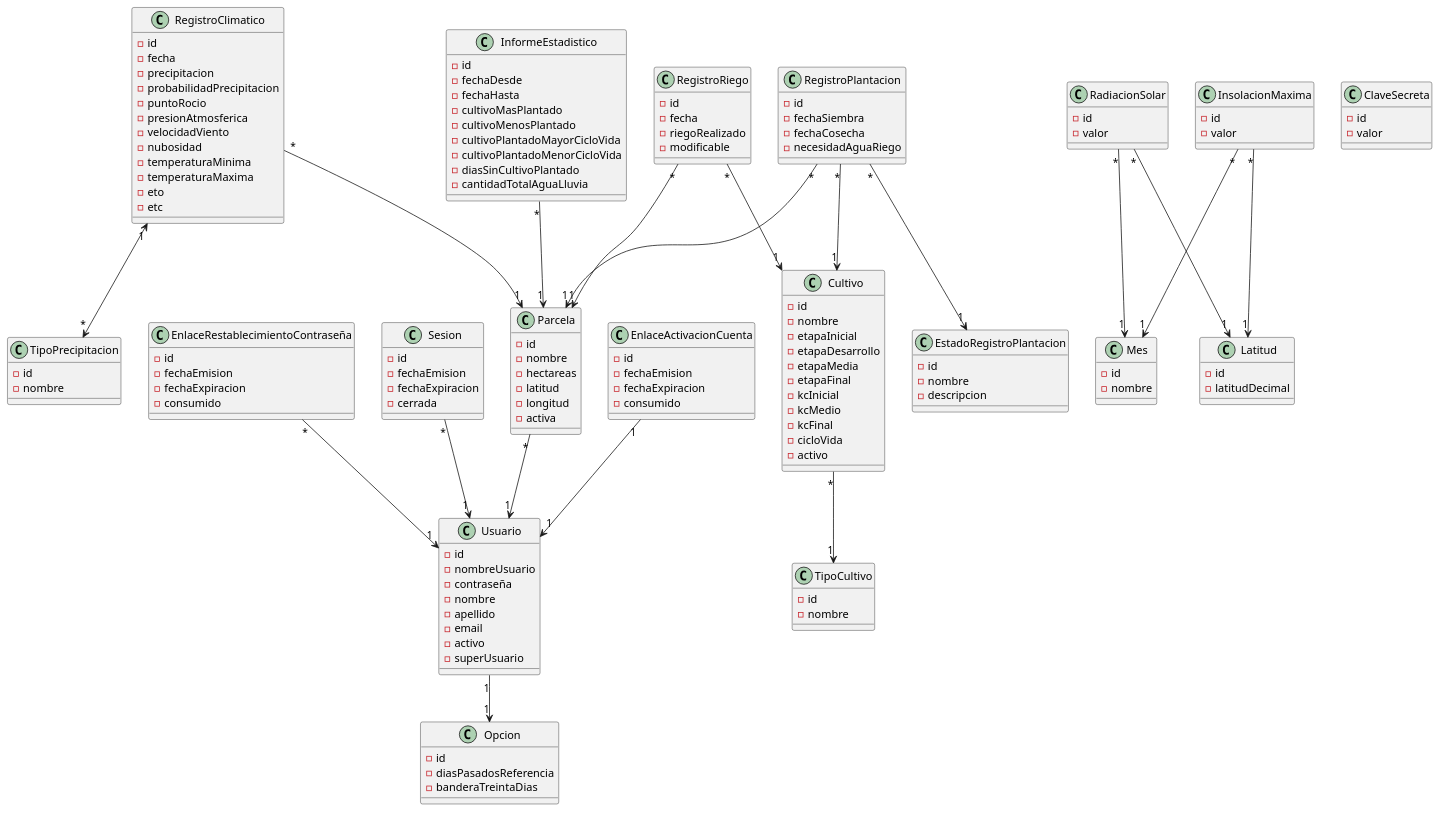
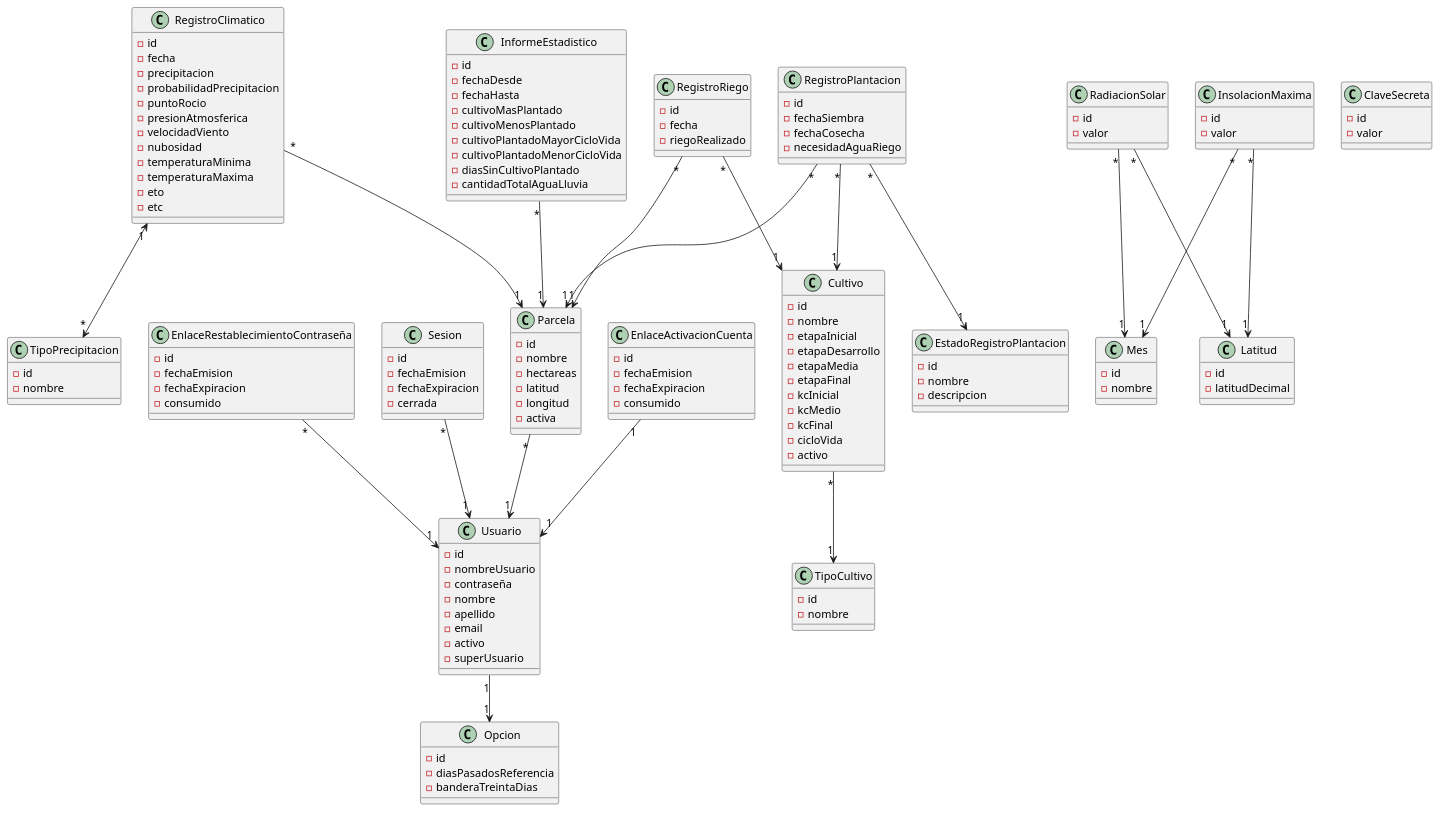
The diagram in docs/domain model/Modelo de dominio.pu (facundopaez-dev/sistema-web-riego), drawn with PlantUML before and after one commit. The commit also changed 8 other files, not shown here.

```diff
--- a/docs/domain model/Modelo de dominio.pu
+++ b/docs/domain model/Modelo de dominio.pu
@@ -1,165 +1,164 @@
 @startuml
 
 Parcela "*"-->"1" Usuario
 InformeEstadistico "*"-->"1" Parcela
 RegistroClimatico "*"-->"1" Parcela
 RegistroClimatico "1"<-->"*" TipoPrecipitacion
 RegistroRiego "*"-->"1" Parcela
 RegistroPlantacion "*"-->"1" Parcela
 RegistroPlantacion "*"-->"1" Cultivo
 RegistroPlantacion "*"-->"1" EstadoRegistroPlantacion
 RadiacionSolar "*"-->"1" Mes
 RadiacionSolar "*"-->"1" Latitud
 InsolacionMaxima "*"-->"1" Mes
 InsolacionMaxima "*"-->"1" Latitud
 Cultivo "*"-->"1" TipoCultivo
 EnlaceActivacionCuenta "1" --> "1" Usuario
 EnlaceRestablecimientoContraseña "*" --> "1" Usuario
 Sesion "*" --> "1" Usuario
 RegistroRiego "*" --> "1" Cultivo
 Usuario "1" --> "1" Opcion
 
 class Parcela {
 -id
 -nombre
 -hectareas
 -latitud
 -longitud
 -activa
 }
 
 class InformeEstadistico {
 -id
 -fechaDesde
 -fechaHasta
 -cultivoMasPlantado
 -cultivoMenosPlantado
 -cultivoPlantadoMayorCicloVida
 -cultivoPlantadoMenorCicloVida
 -diasSinCultivoPlantado
 -cantidadTotalAguaLluvia
 }
 
 class Cultivo {
 -id
 -nombre
 -etapaInicial
 -etapaDesarrollo
 -etapaMedia
 -etapaFinal
 -kcInicial
 -kcMedio
 -kcFinal
 -cicloVida
 -activo
 }
 
 class TipoCultivo {
 -id
 -nombre
 }
 
 class RegistroClimatico {
 -id
 -fecha
 -precipitacion
 -probabilidadPrecipitacion
 -puntoRocio
 -presionAtmosferica
 -velocidadViento
 -nubosidad
 -temperaturaMinima
 -temperaturaMaxima
 -eto
 -etc
 }
 
 class TipoPrecipitacion {
 -id
 -nombre
 }
 
 class RegistroPlantacion {
 -id
 -fechaSiembra
 -fechaCosecha
 -necesidadAguaRiego
 }
 
 class RegistroRiego {
 -id
 -fecha
 -riegoRealizado
--modificable
 }
 
 class Opcion {
 -id
 -diasPasadosReferencia
 -banderaTreintaDias
 }
 
 class Usuario {
 -id
 -nombreUsuario
 -contraseña
 -nombre
 -apellido
 -email
 -activo
 -superUsuario
 }
 
 class EstadoRegistroPlantacion {
 -id
 -nombre
 -descripcion
 }
 
 class Mes {
 -id
 -nombre
 }
 
 class Latitud {
 -id
 -latitudDecimal
 }
 
 class RadiacionSolar {
 -id
 -valor
 }
 
 class InsolacionMaxima {
 -id
 -valor
 }
 
 class EnlaceActivacionCuenta {
 -id
 -fechaEmision
 -fechaExpiracion
 -consumido
 }
 
 class EnlaceRestablecimientoContraseña {
 -id
 -fechaEmision
 -fechaExpiracion
 -consumido
 }
 
 class Sesion {
 -id
 -fechaEmision
 -fechaExpiracion
 -cerrada
 }
 
 class ClaveSecreta {
 -id
 -valor
 }
 
 @enduml
```
